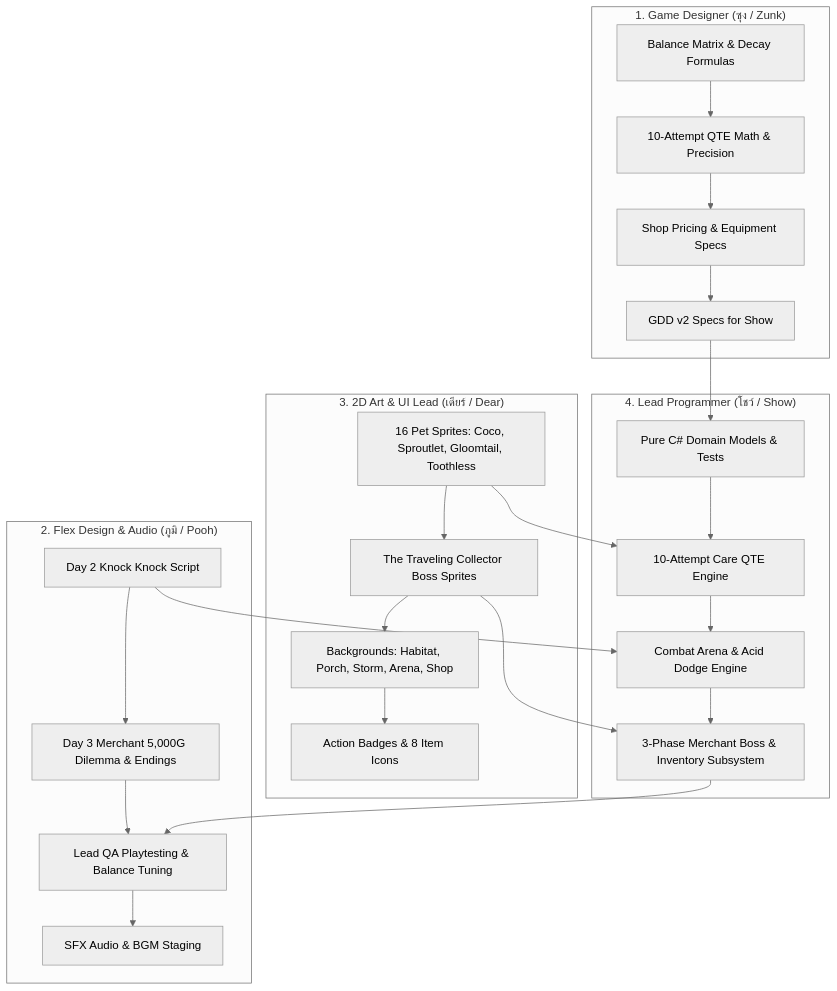
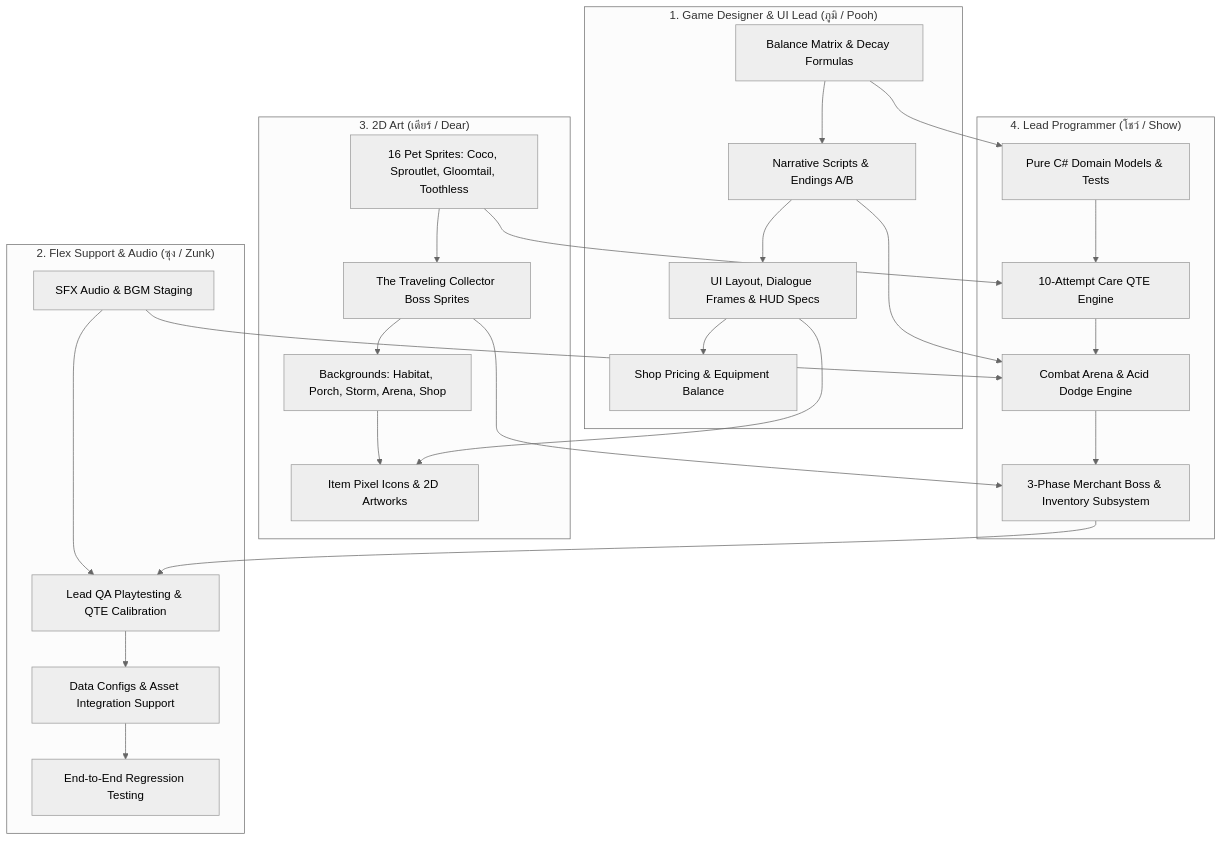
Before and after one commit to SShoww/Your-Story: the first of 2 diagrams in BEPAL/Docs/NewAgile/03-kanban-board.md, drawn with Mermaid (neutral theme). The commit also changed other lines of this file and 11 other files, not shown here.

````diff
--- a/BEPAL/Docs/NewAgile/03-kanban-board.md
+++ b/BEPAL/Docs/NewAgile/03-kanban-board.md
@@ -20,32 +20,34 @@
 ```mermaid
 flowchart TD
-    subgraph Zunk_Design["1. Game Designer (ซุง / Zunk)"]
-        Z1[Balance Matrix & Decay Formulas] --> Z2[10-Attempt QTE Math & Precision]
-        Z2 --> Z3[Shop Pricing & Equipment Specs]
-        Z3 --> Z4[GDD v2 Specs for Show]
+    subgraph Pooh_Design["1. Game Designer & UI Lead (ภูมิ / Pooh)"]
+        P1[Balance Matrix & Decay Formulas] --> P2[Narrative Scripts & Endings A/B]
+        P2 --> P3[UI Layout, Dialogue Frames & HUD Specs]
+        P3 --> P4[Shop Pricing & Equipment Balance]
     end
 
-    subgraph Pooh_Flex["2. Flex Design & Audio (ภูมิ / Pooh)"]
-        P1[Day 2 Knock Knock Script] --> P2[Day 3 Merchant 5,000G Dilemma & Endings]
-        P2 --> P3[Lead QA Playtesting & Balance Tuning]
-        P3 --> P4[SFX Audio & BGM Staging]
+    subgraph Zunk_Flex["2. Flex Support & Audio (ซุง / Zunk)"]
+        Z1[SFX Audio & BGM Staging] --> Z2[Lead QA Playtesting & QTE Calibration]
+        Z2 --> Z3[Data Configs & Asset Integration Support]
+        Z3 --> Z4[End-to-End Regression Testing]
     end
 
-    subgraph Dear_Art["3. 2D Art & UI Lead (เดียร์ / Dear)"]
+    subgraph Dear_Art["3. 2D Art (เดียร์ / Dear)"]
         A1[16 Pet Sprites: Coco, Sproutlet, Gloomtail, Toothless] --> A2[The Traveling Collector Boss Sprites]
         A2 --> A3[Backgrounds: Habitat, Porch, Storm, Arena, Shop]
-        A3 --> A4[Action Badges & 8 Item Icons]
+        A3 --> A4[Item Pixel Icons & 2D Artworks]
     end
 
     subgraph Show_Tech["4. Lead Programmer (โชว์ / Show)"]
         S1[Pure C# Domain Models & Tests] --> S2[10-Attempt Care QTE Engine]
         S2 --> S3[Combat Arena & Acid Dodge Engine]
         S3 --> S4[3-Phase Merchant Boss & Inventory Subsystem]
     end
 
-    Z4 --> S1
-    P1 --> S3
+    P1 --> S1
+    P2 --> S3
+    P3 --> A4
     A1 --> S2
     A2 --> S4
-    S4 --> P3
+    Z1 --> S3
+    S4 --> Z2
 ```
````
